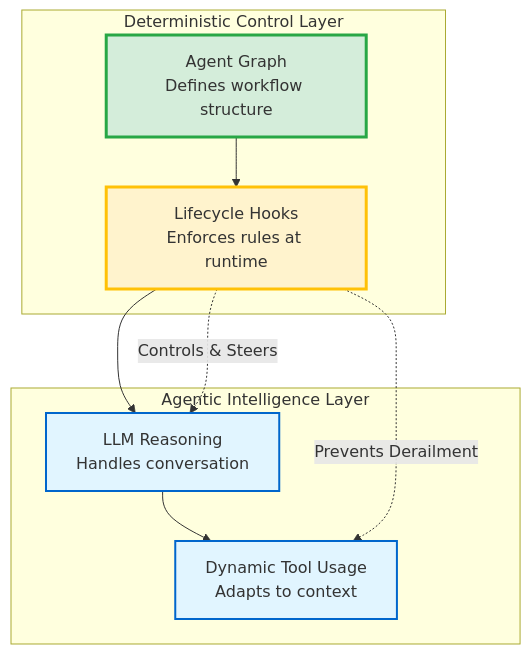
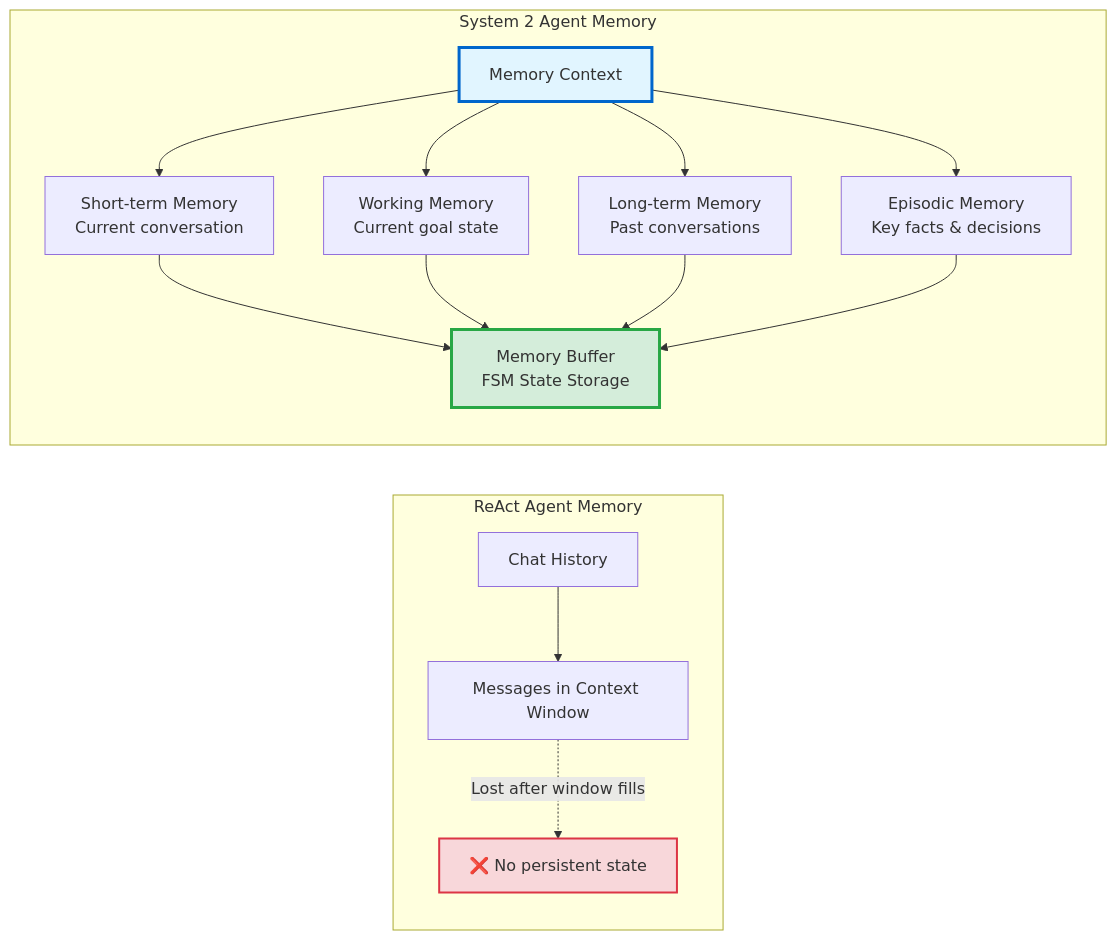
One commit to arupsarkar-sfdc/Misc changed the ninth of 16 diagrams in README_Yahoo_AF.md. Above: the diagram before and after it, drawn with Mermaid. The commit also changed other lines of this file, not shown here.

````diff
--- a/README_Yahoo_AF.md
+++ b/README_Yahoo_AF.md
@@ -76,23 +628,23 @@
 ```mermaid
-graph TB
-    subgraph "Deterministic Control Layer"
-        Graph[Agent Graph<br/>Defines workflow structure]
-        Hooks[Lifecycle Hooks<br/>Enforces rules at runtime]
+graph LR
+    subgraph "ReAct Agent Memory"
+        R1[Chat History] --> R2[Messages in Context Window]
+        R2 -.->|Lost after window fills| R3[❌ No persistent state]
     end
     
-    subgraph "Agentic Intelligence Layer"
-        LLM[LLM Reasoning<br/>Handles conversation]
-        Tools[Dynamic Tool Usage<br/>Adapts to context]
+    subgraph "System 2 Agent Memory"
+        S1[Memory Context] --> S2[Short-term Memory<br/>Current conversation]
+        S1 --> S3[Working Memory<br/>Current goal state]
+        S1 --> S4[Long-term Memory<br/>Past conversations]
+        S1 --> S5[Episodic Memory<br/>Key facts & decisions]
+        
+        S2 --> Buffer[Memory Buffer<br/>FSM State Storage]
+        S3 --> Buffer
+        S4 --> Buffer
+        S5 --> Buffer
     end
     
-    Graph --> Hooks
-    Hooks --> LLM
-    LLM --> Tools
-    Hooks -.->|Controls & Steers| LLM
-    Hooks -.->|Prevents Derailment| Tools
-    
-    style Graph fill:#d4edda,stroke:#28a745,stroke-width:3px
-    style Hooks fill:#fff3cd,stroke:#ffc107,stroke-width:3px
-    style LLM fill:#e1f5ff,stroke:#0066cc,stroke-width:2px
-    style Tools fill:#e1f5ff,stroke:#0066cc,stroke-width:2px
+    style R3 fill:#f8d7da,stroke:#dc3545,stroke-width:2px
+    style Buffer fill:#d4edda,stroke:#28a745,stroke-width:3px
+    style S1 fill:#e1f5ff,stroke:#0066cc,stroke-width:3px
 ```
````
